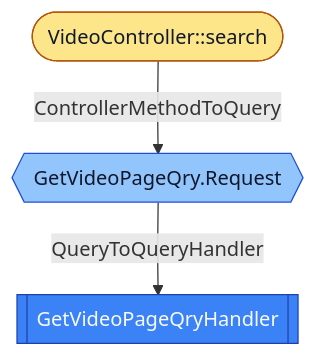
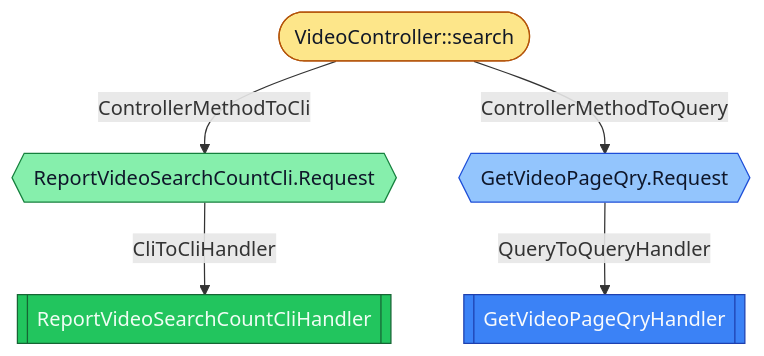
One commit to LDmoxeii/only-danmuku changed the diagram in flows/edu_only4_danmuku_adapter_portal_api_web_VideoController_search.mmd. Above: the diagram before and after it, drawn with Mermaid. The commit also changed 113 other files, not shown here.

```diff
--- a/flows/edu_only4_danmuku_adapter_portal_api_web_VideoController_search.mmd
+++ b/flows/edu_only4_danmuku_adapter_portal_api_web_VideoController_search.mmd
@@ -1,12 +1,20 @@
 flowchart TD
-  N1[[GetVideoPageQryHandler]]
-  class N1 queryhandler
-  N2([VideoController::search])
-  class N2 controllermethod
-  N3{{GetVideoPageQry.Request}}
-  class N3 query
-  N2 -->|ControllerMethodToQuery| N3
-  N3 -->|QueryToQueryHandler| N1
+  N1[[ReportVideoSearchCountCliHandler]]
+  class N1 clihandler
+  N2[[GetVideoPageQryHandler]]
+  class N2 queryhandler
+  N3([VideoController::search])
+  class N3 controllermethod
+  N4{{ReportVideoSearchCountCli.Request}}
+  class N4 cli
+  N5{{GetVideoPageQry.Request}}
+  class N5 query
+  N3 -->|ControllerMethodToCli| N4
+  N3 -->|ControllerMethodToQuery| N5
+  N4 -->|CliToCliHandler| N1
+  N5 -->|QueryToQueryHandler| N2
+  classDef cli fill:#86EFAC,stroke:#15803D,color:#0F172A
+  classDef clihandler fill:#22C55E,stroke:#166534,color:#F0FDF4
   classDef controllermethod fill:#FDE68A,stroke:#B45309,color:#111827
   classDef query fill:#93C5FD,stroke:#1D4ED8,color:#0F172A
   classDef queryhandler fill:#3B82F6,stroke:#1E40AF,color:#F8FAFC
```
